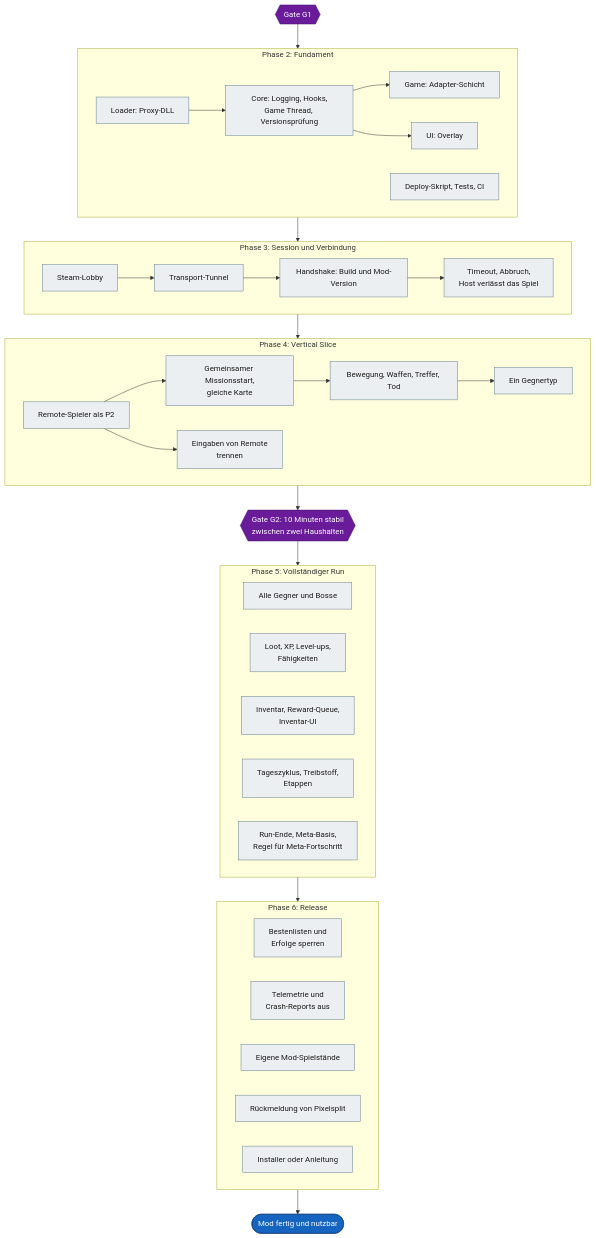
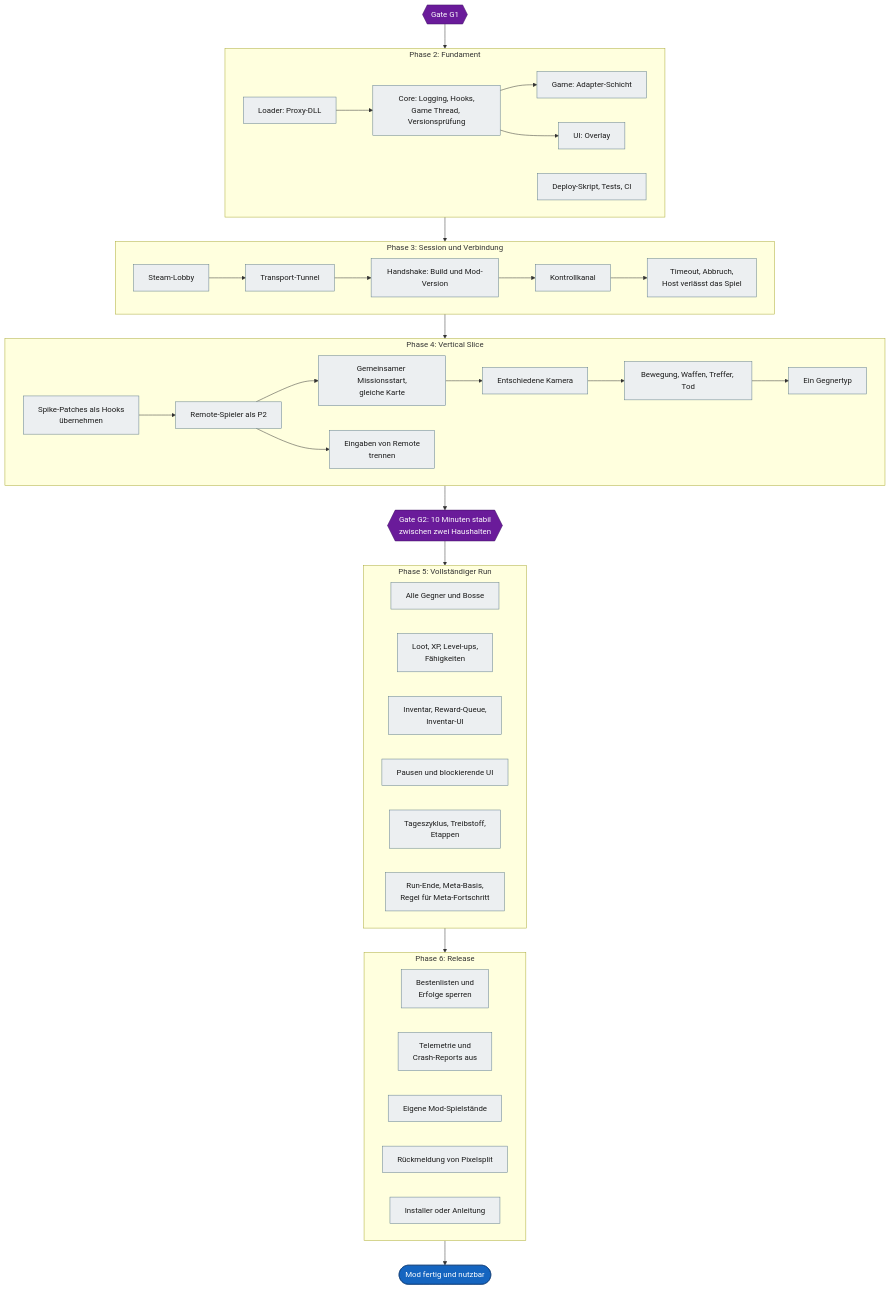
One commit to VitaminStack/Deadly-Days-Roadtrip-Multiplayer-Mod changed the third of 3 diagrams in docs/ROADMAP.md. Above: the diagram before and after it, drawn with Mermaid. The commit also changed other lines of this file and 4 other files, not shown here.

````diff
--- a/docs/ROADMAP.md
+++ b/docs/ROADMAP.md
@@ -106,58 +139,62 @@
 ```mermaid
 flowchart TD
     G1{{"Gate G1"}}:::gate
 
     subgraph PH2["Phase 2: Fundament"]
         L["Loader: Proxy-DLL"]:::open
         C["Core: Logging, Hooks,<br/>Game Thread, Versionsprüfung"]:::open
         GA["Game: Adapter-Schicht"]:::open
         U["UI: Overlay"]:::open
         W["Deploy-Skript, Tests, CI"]:::open
         L --> C --> GA
         C --> U
     end
 
     subgraph PH3["Phase 3: Session und Verbindung"]
         LO["Steam-Lobby"]:::open
         TN["Transport-Tunnel"]:::open
         HS["Handshake: Build und Mod-Version"]:::open
         FE["Timeout, Abbruch,<br/>Host verlässt das Spiel"]:::open
-        LO --> TN --> HS --> FE
+        KK["Kontrollkanal"]:::open
+        LO --> TN --> HS --> KK --> FE
     end
 
     subgraph PH4["Phase 4: Vertical Slice"]
+        SH["Spike-Patches als Hooks<br/>übernehmen"]:::open
         R2["Remote-Spieler als P2"]:::open
         MS["Gemeinsamer Missionsstart,<br/>gleiche Karte"]:::open
+        KM["Entschiedene Kamera"]:::open
         KA["Bewegung, Waffen, Treffer, Tod"]:::open
         GT["Ein Gegnertyp"]:::open
         EI["Eingaben von Remote<br/>trennen"]:::open
-        R2 --> MS --> KA --> GT
+        SH --> R2 --> MS --> KM --> KA --> GT
         R2 --> EI
     end
 
     G2{{"Gate G2: 10 Minuten stabil<br/>zwischen zwei Haushalten"}}:::gate
 
     subgraph PH5["Phase 5: Vollständiger Run"]
         GE["Alle Gegner und Bosse"]:::open
         XP["Loot, XP, Level-ups,<br/>Fähigkeiten"]:::open
         IV["Inventar, Reward-Queue,<br/>Inventar-UI"]:::open
+        PU["Pausen und blockierende UI"]:::open
         TG["Tageszyklus, Treibstoff,<br/>Etappen"]:::open
         ME["Run-Ende, Meta-Basis,<br/>Regel für Meta-Fortschritt"]:::open
     end
 
     subgraph PH6["Phase 6: Release"]
         SB["Bestenlisten und<br/>Erfolge sperren"]:::open
         TE["Telemetrie und<br/>Crash-Reports aus"]:::open
         SV["Eigene Mod-Spielstände"]:::open
         PS["Rückmeldung von Pixelsplit"]:::open
         IN["Installer oder Anleitung"]:::open
     end
 
     Z(["Mod fertig und nutzbar"]):::goal
 
     G1 --> PH2 --> PH3 --> PH4 --> G2 --> PH5 --> PH6 --> Z
 
     classDef open fill:#eceff1,stroke:#607d8b,color:#1a1a1a
     classDef gate fill:#6a1b9a,stroke:#3e1163,color:#ffffff
     classDef goal fill:#1565c0,stroke:#0d3c78,color:#ffffff
 ```
````
